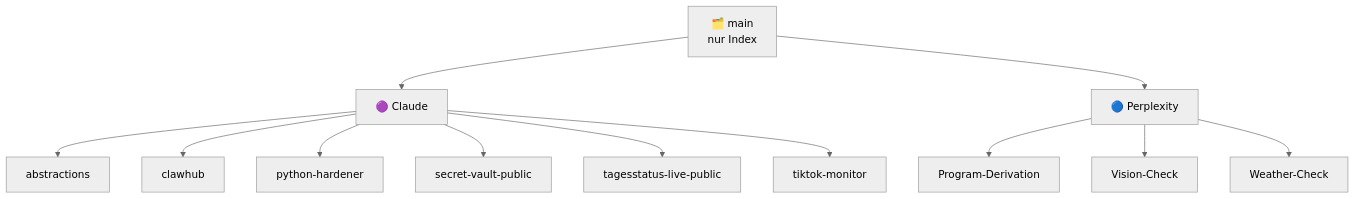
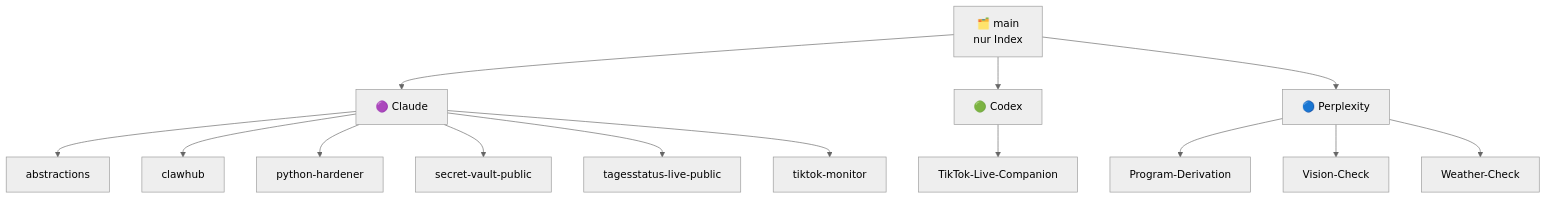
Before and after one commit to KikiKari/Projects: the diagram in README.md, drawn with Mermaid (neutral theme). The commit also changed other lines of this file and 1 other file, not shown here.

Commit message:
main: add TikTok LIVE Companion to project index

````diff
--- a/README.md
+++ b/README.md
@@ -28,17 +28,20 @@
 ```mermaid
 flowchart TD
     MAIN["🗂️ main<br/>nur Index"]
     MAIN --> CL["🟣 Claude"]
+    MAIN --> CX["🟢 Codex"]
     MAIN --> PX["🔵 Perplexity"]
 
     CL --> A["abstractions"]
     CL --> B["clawhub"]
     CL --> C["python-hardener"]
     CL --> D["secret-vault-public"]
     CL --> E["tagesstatus-live-public"]
     CL --> F["tiktok-monitor"]
 
+    CX --> J["TikTok-Live-Companion"]
+
     PX --> G["Program-Derivation"]
     PX --> H["Vision-Check"]
     PX --> I["Weather-Check"]
 ```
````
